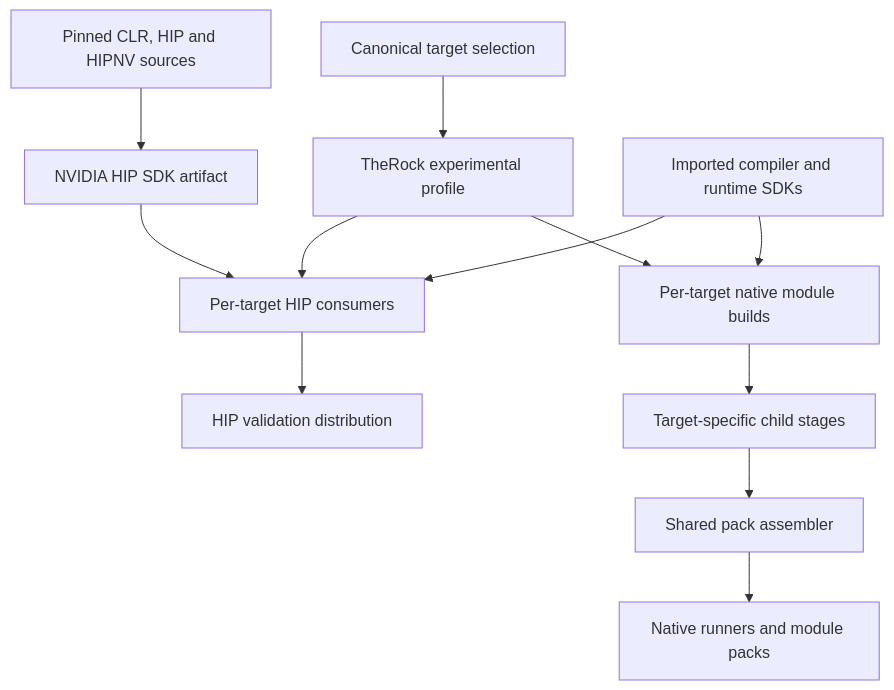
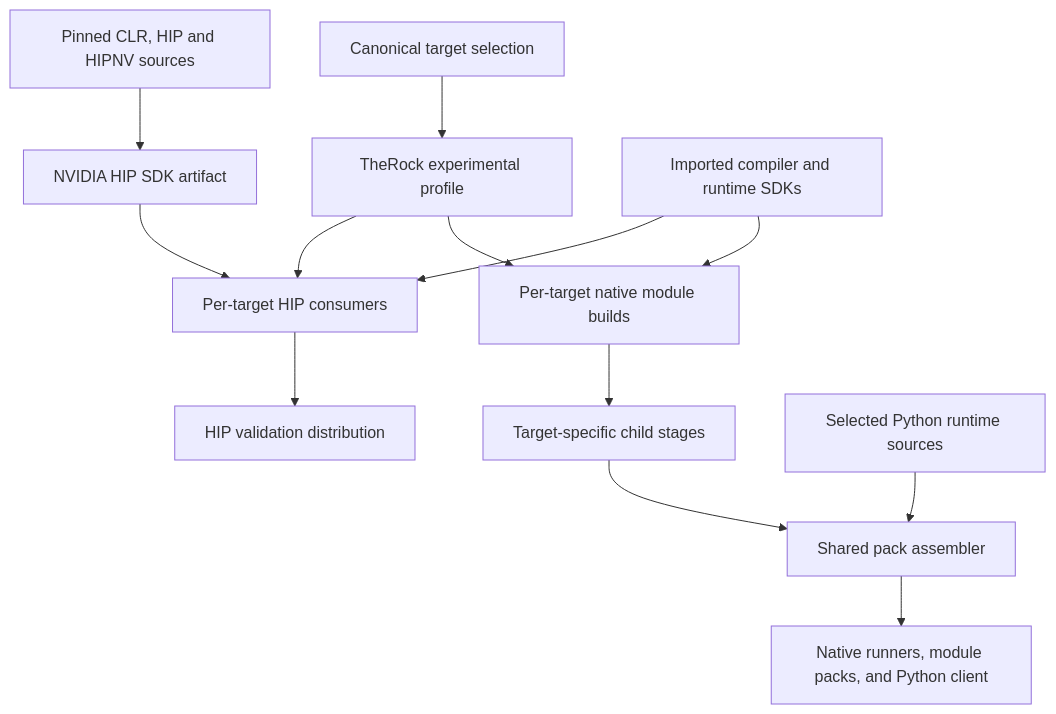
One commit to powderluv/TheRock changed the first of 2 diagrams in docs/development/multi-vendor-architecture.md. Above: the diagram before and after it, drawn with Mermaid. The commit also changed other lines of this file and 73 other files, not shown here.

````diff
--- a/docs/development/multi-vendor-architecture.md
+++ b/docs/development/multi-vendor-architecture.md
@@ -66,14 +86,15 @@
 ```mermaid
 flowchart TD
     Targets["Canonical target selection"] --> Profile["TheRock experimental profile"]
     Sources["Pinned CLR, HIP and HIPNV sources"] --> HipSdk["NVIDIA HIP SDK artifact"]
     Profile --> Hip["Per-target HIP consumers"]
     HipSdk --> Hip
     Sdks["Imported compiler and runtime SDKs"] --> Hip
     Sdks --> Native["Per-target native module builds"]
     Profile --> Native
     Hip --> HipDist["HIP validation distribution"]
     Native --> Stages["Target-specific child stages"]
     Stages --> Assemble["Shared pack assembler"]
-    Assemble --> ModuleDist["Native runners and module packs"]
+    Python["Selected Python runtime sources"] --> Assemble
+    Assemble --> ModuleDist["Native runners, module packs, and Python client"]
 ```
````
